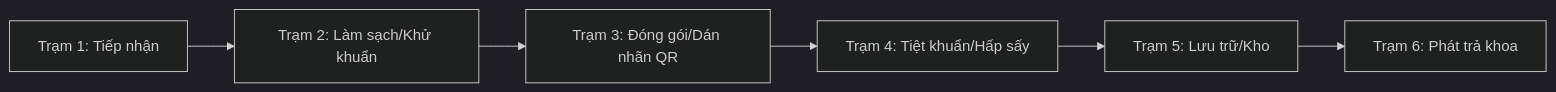
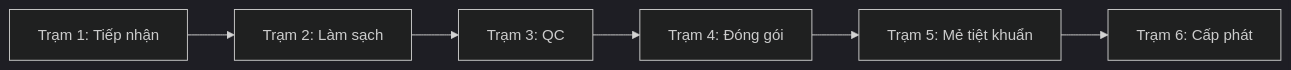
One commit to ksnkbv103-droid/ksnk_bv103_V2 changed the diagram in docs/core/domain-specification.md. Above: the diagram before and after it, drawn with Mermaid (dark theme). The commit also changed other lines of this file and 513 other files, not shown here.

````diff
--- a/docs/core/domain-specification.md
+++ b/docs/core/domain-specification.md
@@ -39,8 +39,8 @@
 ```mermaid
 flowchart LR
-    A[Trạm 1: Tiếp nhận] --> B[Trạm 2: Làm sạch/Khử khuẩn]
-    B --> C[Trạm 3: Đóng gói/Dán nhãn QR]
-    C --> D[Trạm 4: Tiệt khuẩn/Hấp sấy]
-    D --> E[Trạm 5: Lưu trữ/Kho]
-    E --> F[Trạm 6: Phát trả khoa]
+    A[Trạm 1: Tiếp nhận] --> B[Trạm 2: Làm sạch]
+    B --> C[Trạm 3: QC]
+    C --> D[Trạm 4: Đóng gói]
+    D --> E[Trạm 5: Mẻ tiệt khuẩn]
+    E --> F[Trạm 6: Cấp phát]
 ```
````
